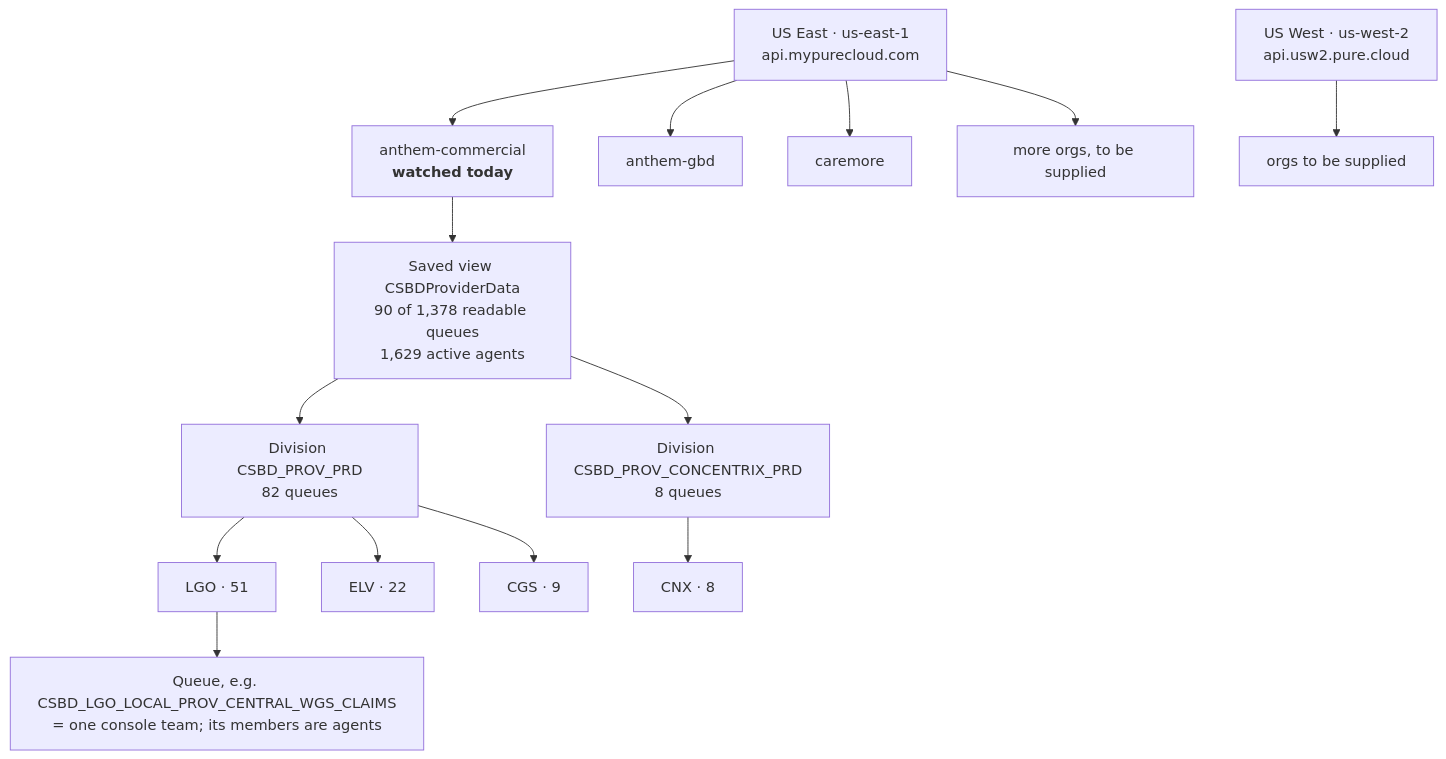
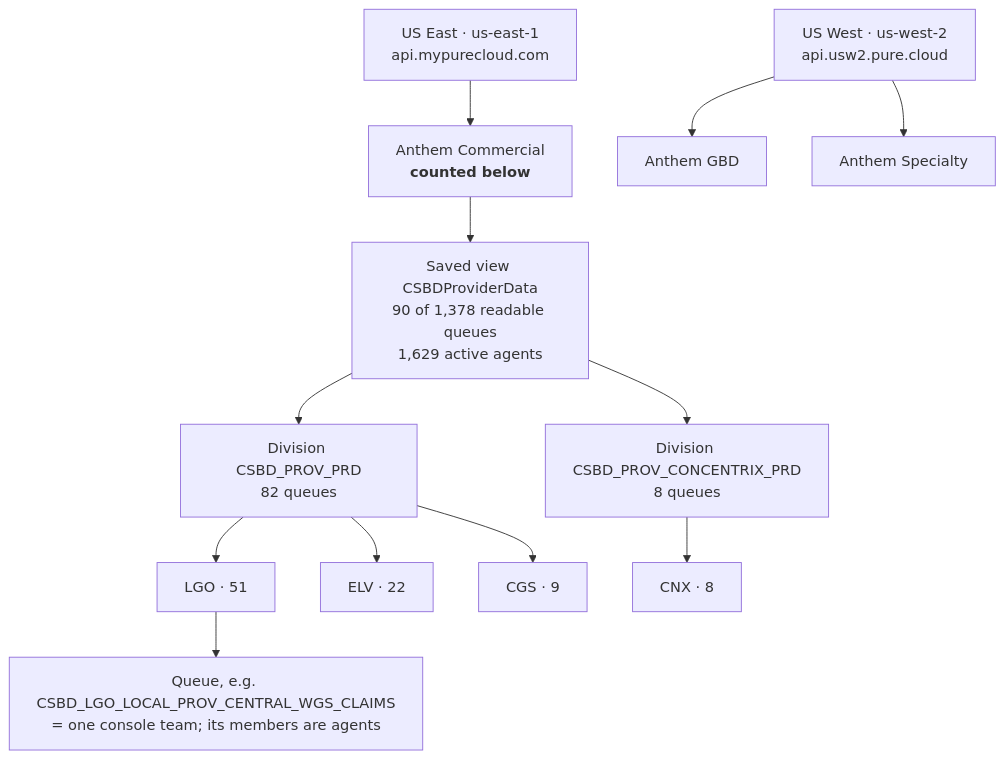
Before and after one commit to aishki/rtm-console: the third of 6 diagrams in docs/data-architecture.md, drawn with Mermaid. The commit also changed other lines of this file and 4 other files, not shown here.

````diff
--- a/docs/data-architecture.md
+++ b/docs/data-architecture.md
@@ -167,16 +167,14 @@
 ```mermaid
 flowchart TD
-    R1["US East · us-east-1<br/>api.mypurecloud.com"] --> O1["anthem-commercial<br/><b>watched today</b>"]
-    R1 --> O2["anthem-gbd"]
-    R1 --> O3["caremore"]
-    R1 --> O4["more orgs, to be supplied"]
-    R2["US West · us-west-2<br/>api.usw2.pure.cloud"] --> O5["orgs to be supplied"]
+    R1["US East · us-east-1<br/>api.mypurecloud.com"] --> O1["Anthem Commercial<br/><b>counted below</b>"]
+    R2["US West · us-west-2<br/>api.usw2.pure.cloud"] --> O2["Anthem GBD"]
+    R2 --> O3["Anthem Specialty"]
     O1 --> V["Saved view CSBDProviderData<br/>90 of 1,378 readable queues<br/>1,629 active agents"]
     V --> D1["Division CSBD_PROV_PRD<br/>82 queues"]
     V --> D2["Division CSBD_PROV_CONCENTRIX_PRD<br/>8 queues"]
     D1 --> QG1["LGO · 51"]
     D1 --> QG2["ELV · 22"]
     D1 --> QG3["CGS · 9"]
     D2 --> QG4["CNX · 8"]
     QG1 --> Q["Queue, e.g. CSBD_LGO_LOCAL_PROV_CENTRAL_WGS_CLAIMS<br/>= one console team; its members are agents"]
 ```
````
